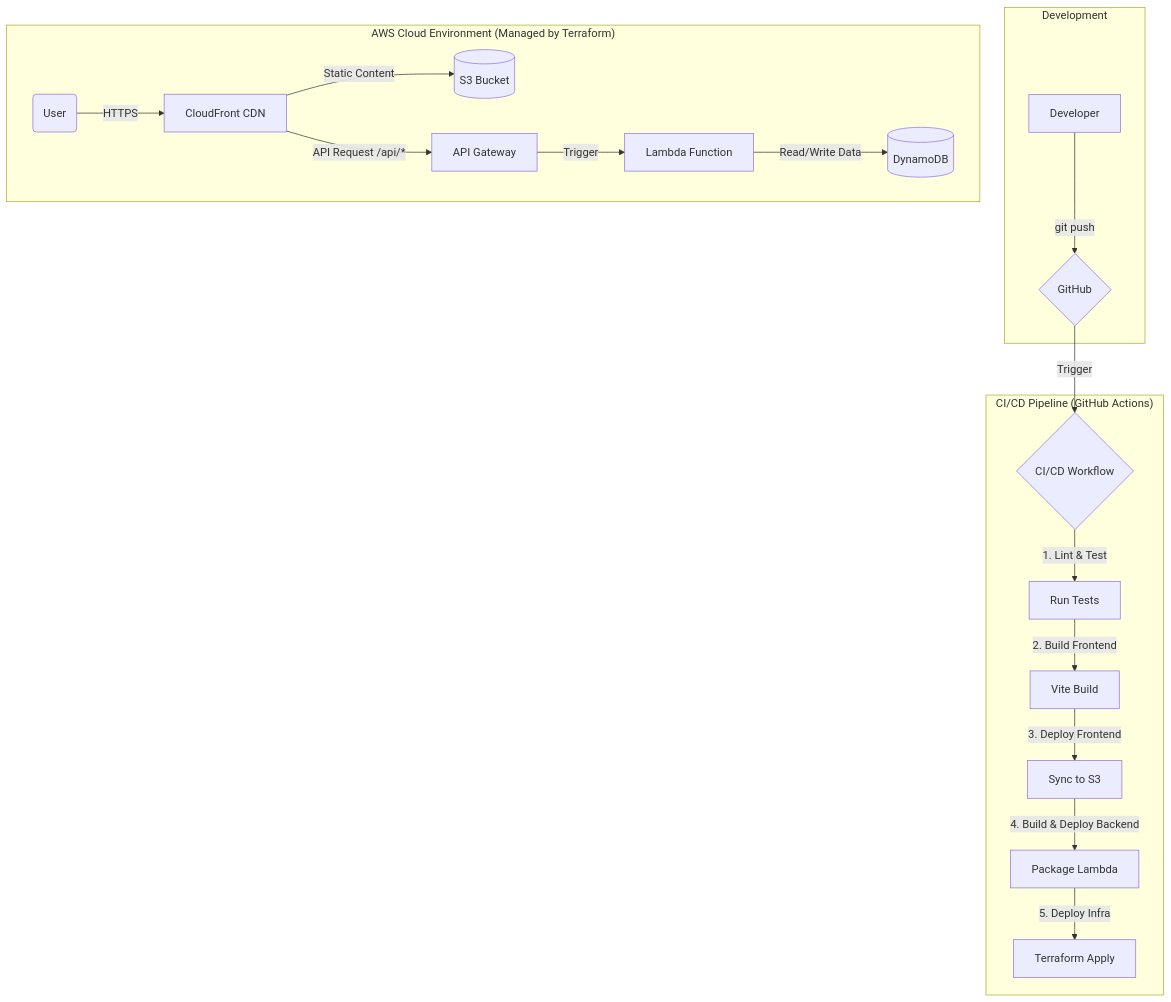
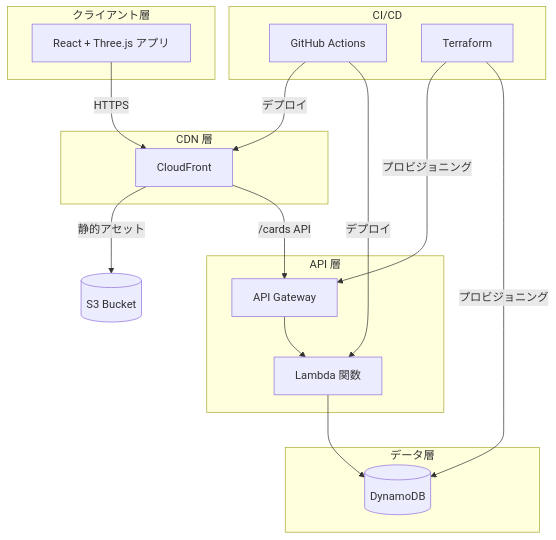
The diagram in README.ja.md (ceparadise168/echo-tree), drawn with Mermaid before and after one commit. The commit also changed other lines of this file and 3 other files, not shown here.

````diff
--- a/README.ja.md
+++ b/README.ja.md
@@ -29,23 +131,35 @@
 ```mermaid
 graph TD
-    subgraph "Development"
-        A[Developer] -- "git push" --> B{GitHub}
+    subgraph "クライアント層"
+        A[React + Three.js アプリ]
     end
 
-    subgraph "CI/CD Pipeline (GitHub Actions)"
-        B -- "Trigger" --> C{CI/CD Workflow}
-        C -- "1. Lint & Test" --> D[Run Tests]
-        D -- "2. Build Frontend" --> E[Vite Build]
-        E -- "3. Deploy Frontend" --> F[Sync to S3]
-        F -- "4. Build & Deploy Backend" --> G[Package Lambda]
-        G -- "5. Deploy Infra" --> H[Terraform Apply]
+    subgraph "CDN 層"
+        B[CloudFront]
     end
 
-    subgraph "AWS Cloud Environment (Managed by Terraform)"
-        I(User) -- "HTTPS" --> J[CloudFront CDN]
-        J -- "Static Content" --> K[(S3 Bucket)]
-        J -- "API Request /api/*" --> L[API Gateway]
-        L -- "Trigger" --> M[Lambda Function]
-        M -- "Read/Write Data" --> N[(DynamoDB)]
+    subgraph "API 層"
+        C[API Gateway]
+        D[Lambda 関数]
     end
+
+    subgraph "データ層"
+        E[(DynamoDB)]
+    end
+
+    subgraph "CI/CD"
+        F[GitHub Actions]
+        G[Terraform]
+    end
+
+    A -->|HTTPS| B
+    B -->|静的アセット| H[(S3 Bucket)]
+    B -->|/cards API| C
+    C --> D
+    D --> E
+    
+    F -->|デプロイ| B
+    F -->|デプロイ| D
+    G -->|プロビジョニング| C
+    G -->|プロビジョニング| E
 ```
````
